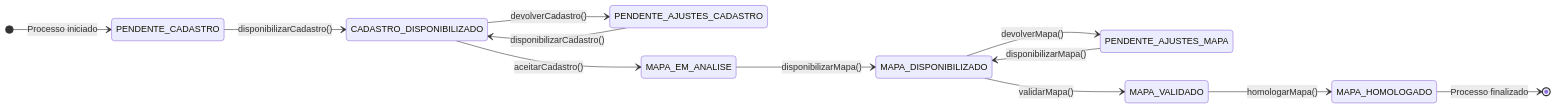
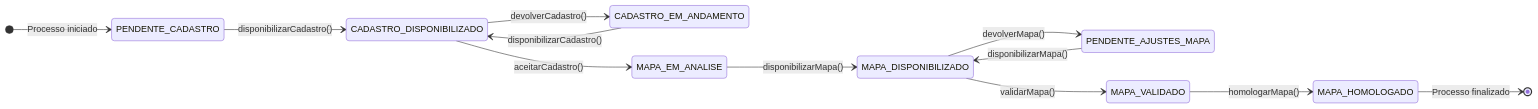
One commit to lgalvao/sgc changed the diagram in backend/src/main/java/sgc/subprocesso/README.md. Above: the diagram before and after it, drawn with Mermaid. The commit also changed 9 other files, not shown here.

````diff
--- a/backend/src/main/java/sgc/subprocesso/README.md
+++ b/backend/src/main/java/sgc/subprocesso/README.md
@@ -50,22 +50,22 @@
 ```mermaid
 stateDiagram-v2
     direction LR
 
     [*] --> PENDENTE_CADASTRO: Processo iniciado
 
     PENDENTE_CADASTRO --> CADASTRO_DISPONIBILIZADO: disponibilizarCadastro()
-    CADASTRO_DISPONIBILIZADO --> PENDENTE_AJUSTES_CADASTRO: devolverCadastro()
-    PENDENTE_AJUSTES_CADASTRO --> CADASTRO_DISPONIBILIZADO: disponibilizarCadastro()
+    CADASTRO_DISPONIBILIZADO --> CADASTRO_EM_ANDAMENTO: devolverCadastro()
+    CADASTRO_EM_ANDAMENTO --> CADASTRO_DISPONIBILIZADO: disponibilizarCadastro()
 
     CADASTRO_DISPONIBILIZADO --> MAPA_EM_ANALISE: aceitarCadastro()
     MAPA_EM_ANALISE --> MAPA_DISPONIBILIZADO: disponibilizarMapa()
 
     MAPA_DISPONIBILIZADO --> PENDENTE_AJUSTES_MAPA: devolverMapa()
     PENDENTE_AJUSTES_MAPA --> MAPA_DISPONIBILIZADO: disponibilizarMapa()
 
     MAPA_DISPONIBILIZADO --> MAPA_VALIDADO: validarMapa()
     MAPA_VALIDADO --> MAPA_HOMOLOGADO: homologarMapa()
     MAPA_HOMOLOGADO --> [*]: Processo finalizado
 
     note "Para cada transição, uma Movimentacao é criada" as N1
 ```
````
